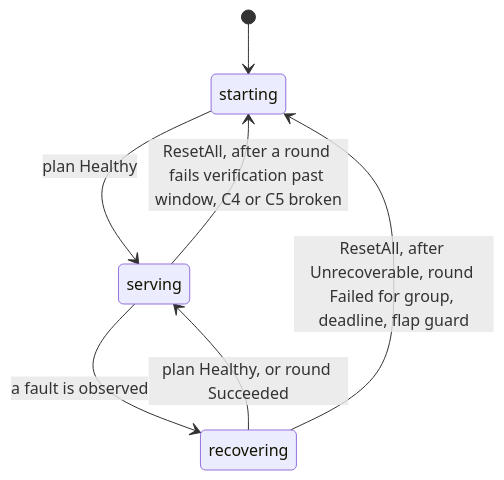
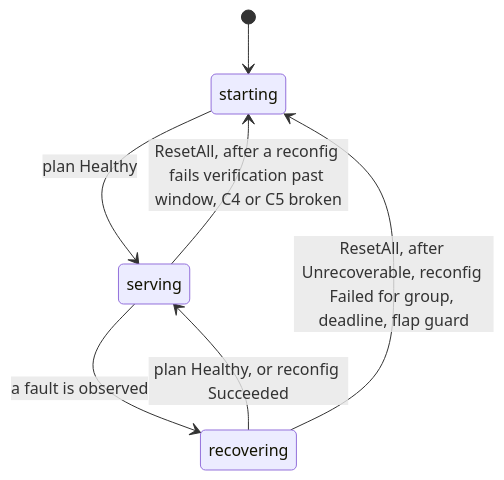
Before and after one commit to Etelis/llm-d-resiliency-operator: the first of 3 diagrams in docs/design/contracts/controller.md, drawn with Mermaid. The commit also changed other lines of this file and 8 other files, not shown here.

Commit message:
Rename Round to Reconfig

````diff
--- a/docs/design/contracts/controller.md
+++ b/docs/design/contracts/controller.md
@@ -155,9 +155,9 @@
 ```mermaid
 stateDiagram-v2
   [*] --> starting
   starting --> serving: plan Healthy
   serving --> recovering: a fault is observed
-  recovering --> serving: plan Healthy, or round Succeeded
-  serving --> starting: ResetAll, after a round fails verification past window, C4 or C5 broken
-  recovering --> starting: ResetAll, after Unrecoverable, round Failed for group, deadline, flap guard
+  recovering --> serving: plan Healthy, or reconfig Succeeded
+  serving --> starting: ResetAll, after a reconfig fails verification past window, C4 or C5 broken
+  recovering --> starting: ResetAll, after Unrecoverable, reconfig Failed for group, deadline, flap guard
 ```
````
